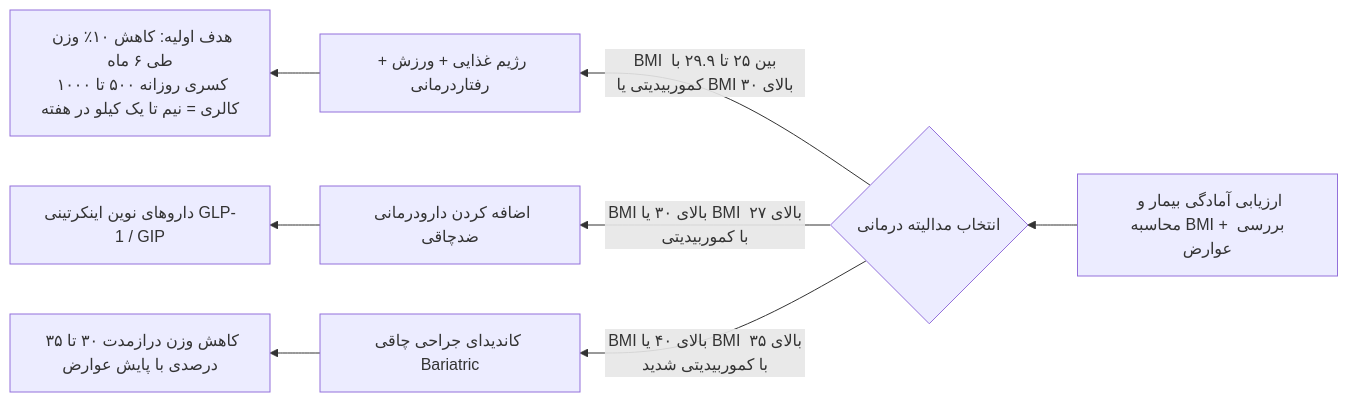
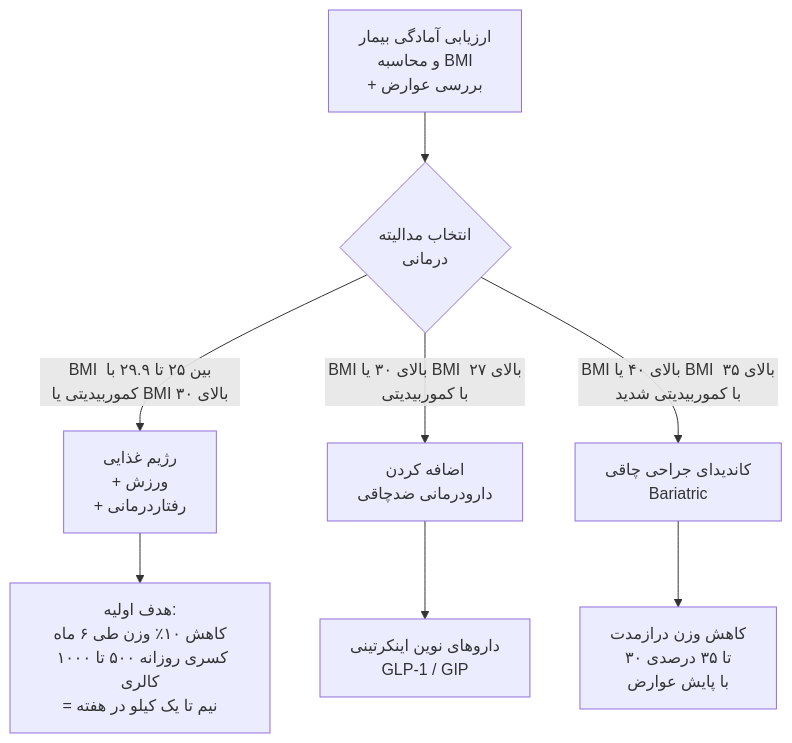
One commit to neopulse-hub/TUMS-1402-1-neo changed the tenth of 11 diagrams in 07/مبانی غدد/متابولیسم لیپید.md. Above: the diagram before and after it, drawn with Mermaid. The commit also changed other lines of this file, not shown here.

````diff
--- a/07/مبانی غدد/متابولیسم لیپید.md
+++ b/07/مبانی غدد/متابولیسم لیپید.md
@@ -471,12 +499,12 @@
 ```mermaid
-flowchart RL
-    EvalPt[ارزیابی آمادگی بیمار و محاسبه BMI + بررسی عوارض] --> StepPlan{انتخاب مدالیته درمانی}
-    
-    StepPlan -->|BMI بین ۲۵ تا ۲۹.۹ با کموربیدیتی یا BMI بالای ۳۰| DietEx[رژیم غذایی + ورزش + رفتاردرمانی]
-    StepPlan -->|BMI بالای ۳۰ یا BMI بالای ۲۷ با کموربیدیتی| Pharm[اضافه کردن دارودرمانی ضدچاقی]
-    StepPlan -->|BMI بالای ۴۰ یا BMI بالای ۳۵ با کموربیدیتی شدید| Surg[کاندیدای جراحی چاقی Bariatric]
-    
-    DietEx --> Goal1[هدف اولیه: کاهش ۱۰٪ وزن طی ۶ ماه<br>کسری روزانه ۵۰۰ تا ۱۰۰۰ کالری = نیم تا یک کیلو در هفته]
-    Pharm --> Goal2[داروهای نوین اینکرتینی GLP-1 / GIP]
-    Surg --> Goal3[کاهش وزن درازمدت ۳۰ تا ۳۵ درصدی با پایش عوارض]
+flowchart TD
+
+EvalPt[ارزیابی آمادگی بیمار<br>و محاسبه BMI<br>+ بررسی عوارض] --> StepPlan{انتخاب مدالیته<br>درمانی}
+StepPlan -->|BMI بین ۲۵ تا ۲۹.۹ با کموربیدیتی یا BMI بالای ۳۰| DietEx[رژیم غذایی<br>+ ورزش<br>+ رفتاردرمانی]
+StepPlan -->|BMI بالای ۳۰ یا BMI بالای ۲۷ با کموربیدیتی| Pharm[اضافه کردن<br>دارودرمانی ضدچاقی]
+StepPlan -->|BMI بالای ۴۰ یا BMI بالای ۳۵ با کموربیدیتی شدید| Surg[کاندیدای جراحی چاقی<br>Bariatric]
+
+DietEx --> Goal1[هدف اولیه:<br>کاهش ۱۰٪ وزن طی ۶ ماه<br>کسری روزانه ۵۰۰ تا ۱۰۰۰ کالری<br>= نیم تا یک کیلو در هفته]
+Pharm --> Goal2[داروهای نوین اینکرتینی<br>GLP-1 / GIP]
+Surg --> Goal3[کاهش وزن درازمدت<br>۳۰ تا ۳۵ درصدی<br>با پایش عوارض]
 ```
````
